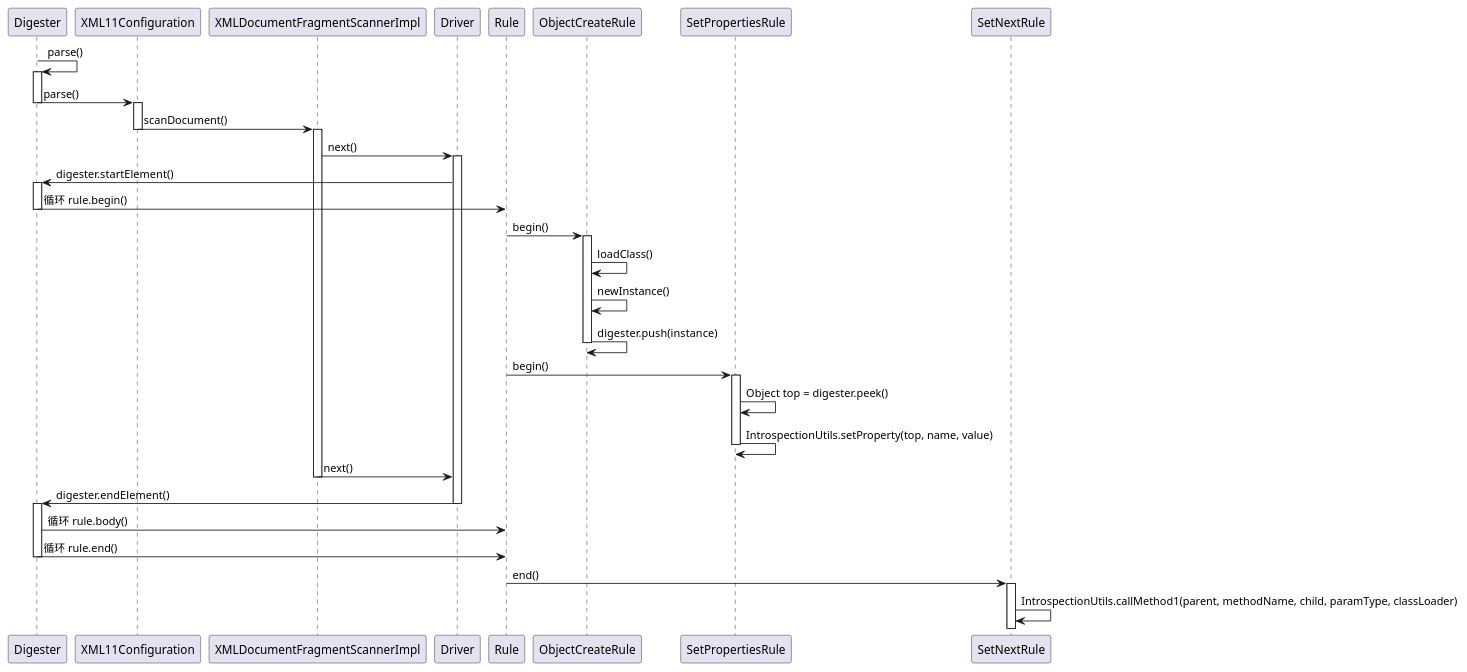
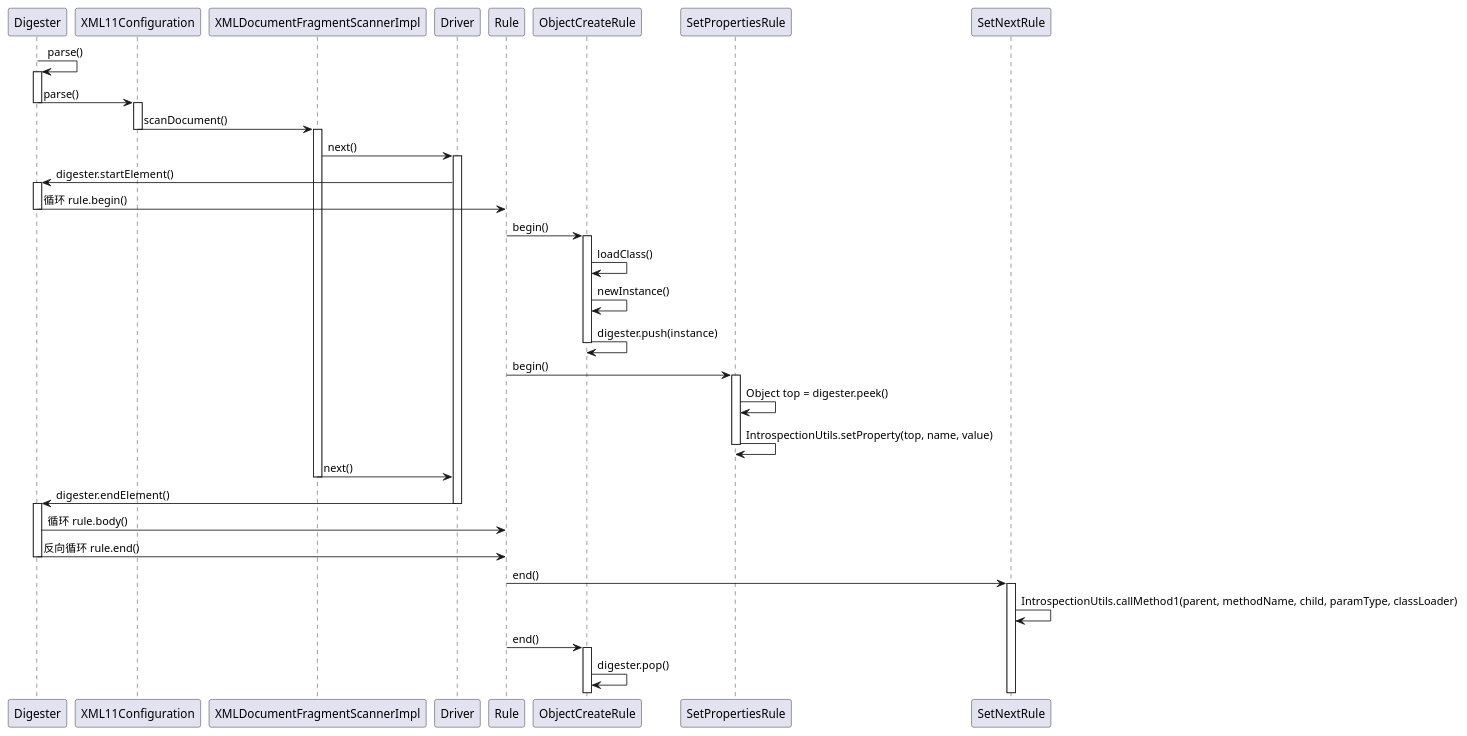
The diagram in 06web/src/main/resources/digester.puml (sgven/shiro), drawn with PlantUML before and after one commit.

Commit message:
digester时序图修正

```diff
--- a/06web/src/main/resources/digester.puml
+++ b/06web/src/main/resources/digester.puml
@@ -1,42 +1,44 @@
 @startuml
 Digester -> Digester ++: parse()
 Digester -> XML11Configuration : parse()
 Digester --
 
 
 XML11Configuration ++
 XML11Configuration -> XMLDocumentFragmentScannerImpl : scanDocument()
 XML11Configuration --
 XMLDocumentFragmentScannerImpl ++
 XMLDocumentFragmentScannerImpl -> Driver : next()
 
 Driver ++
 Driver -> Digester : digester.startElement()
 
 Digester ++
 Digester -> Rule : 循环 rule.begin()
 Digester --
 Rule -> ObjectCreateRule ++: begin()
 ObjectCreateRule -> ObjectCreateRule : loadClass()
 ObjectCreateRule -> ObjectCreateRule : newInstance()
 ObjectCreateRule -> ObjectCreateRule : digester.push(instance)
 ObjectCreateRule --
 Rule -> SetPropertiesRule ++: begin()
 SetPropertiesRule -> SetPropertiesRule : Object top = digester.peek()
 SetPropertiesRule -> SetPropertiesRule : IntrospectionUtils.setProperty(top, name, value)
 SetPropertiesRule --
 
 XMLDocumentFragmentScannerImpl -> Driver : next()
 XMLDocumentFragmentScannerImpl --
 Driver -> Digester : digester.endElement()
 
 Driver --
 
 Digester ++
 Digester -> Rule : 循环 rule.body()
-Digester -> Rule : 循环 rule.end()
+Digester -> Rule : 反向循环 rule.end()
 Digester --
 Rule -> SetNextRule ++: end()
 SetNextRule -> SetNextRule : IntrospectionUtils.callMethod1(parent, methodName, child, paramType, classLoader)
+Rule -> ObjectCreateRule ++: end()
+ObjectCreateRule -> ObjectCreateRule : digester.pop()
 
 @enduml
```
